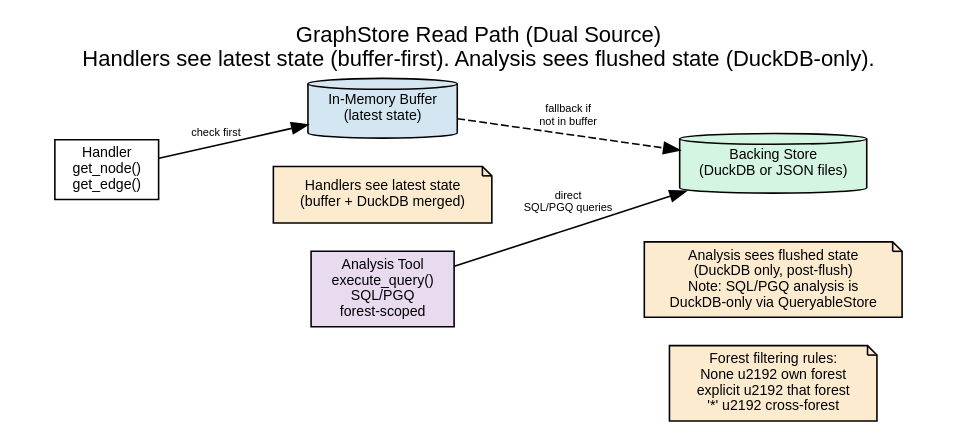
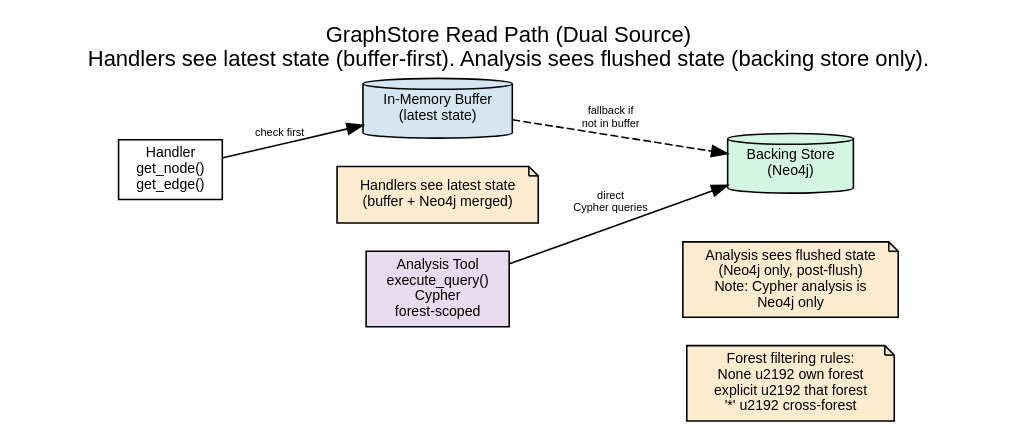
The diagram in context/read-path.dot (microsoft/amplifier-bundle-context-intelligence), drawn with Graphviz before and after one commit. The commit also changed 80 other files, not shown here.

```diff
--- a/context/read-path.dot
+++ b/context/read-path.dot
@@ -1,41 +1,41 @@
 digraph read_path {
     rankdir=LR;
-    label="GraphStore Read Path (Dual Source)\nHandlers see latest state (buffer-first). Analysis sees flushed state (DuckDB-only).";
+    label="GraphStore Read Path (Dual Source)\nHandlers see latest state (buffer-first). Analysis sees flushed state (backing store only).";
     labelloc=t;
     fontsize=14;
     fontname="Helvetica";
     node [fontname="Helvetica", fontsize=9];
     edge [fontname="Helvetica", fontsize=7];
 
     // Callers
     handler_read [label="Handler\nget_node()\nget_edge()"
                   shape=box];
-    analysis [label="Analysis Tool\nexecute_query()\nSQL/PGQ\nforest-scoped"
+    analysis [label="Analysis Tool\nexecute_query()\nCypher\nforest-scoped"
               shape=box style=filled fillcolor="#E8DAEF"];
 
     // Stores
     buffer [label="In-Memory Buffer\n(latest state)"
             shape=cylinder style=filled fillcolor="#D4E6F1"];
-    duckdb [label="Backing Store\n(DuckDB or JSON files)"
-            shape=cylinder style=filled fillcolor="#D5F5E3"];
+    neo4j [label="Backing Store\n(Neo4j)"
+           shape=cylinder style=filled fillcolor="#D5F5E3"];
 
     // Read paths
     handler_read -> buffer [label="check first"];
-    buffer -> duckdb [label="fallback if\nnot in buffer"
-                      style=dashed];
+    buffer -> neo4j [label="fallback if\nnot in buffer"
+                     style=dashed];
 
-    analysis -> duckdb [label="direct\nSQL/PGQ queries"];
+    analysis -> neo4j [label="direct\nCypher queries"];
 
     // Notes
-    note_handler [label="Handlers see latest state\n(buffer + DuckDB merged)"
+    note_handler [label="Handlers see latest state\n(buffer + Neo4j merged)"
                   shape=note style=filled fillcolor="#FDEBD0"];
-    note_analysis [label="Analysis sees flushed state\n(DuckDB only, post-flush)\nNote: SQL/PGQ analysis is\nDuckDB-only via QueryableStore"
+    note_analysis [label="Analysis sees flushed state\n(Neo4j only, post-flush)\nNote: Cypher analysis is\nNeo4j only"
                    shape=note style=filled fillcolor="#FDEBD0"];
 
     note_forest [label="Forest filtering rules:\nNone \u2192 own forest\nexplicit \u2192 that forest\n'*' \u2192 cross-forest"
                  shape=note style=filled fillcolor="#FDEBD0"];
 
     handler_read -> note_handler [style=invis];
     analysis -> note_analysis [style=invis];
     analysis -> note_forest [style=invis];
 }
```
